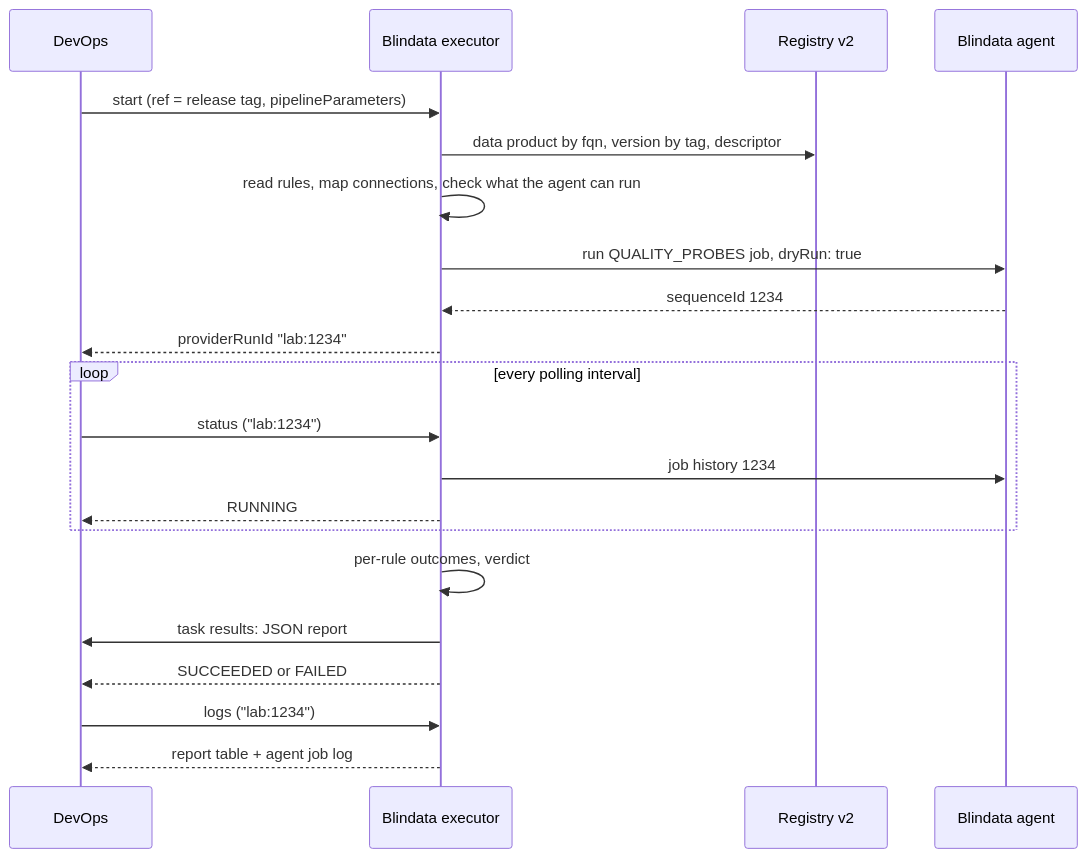
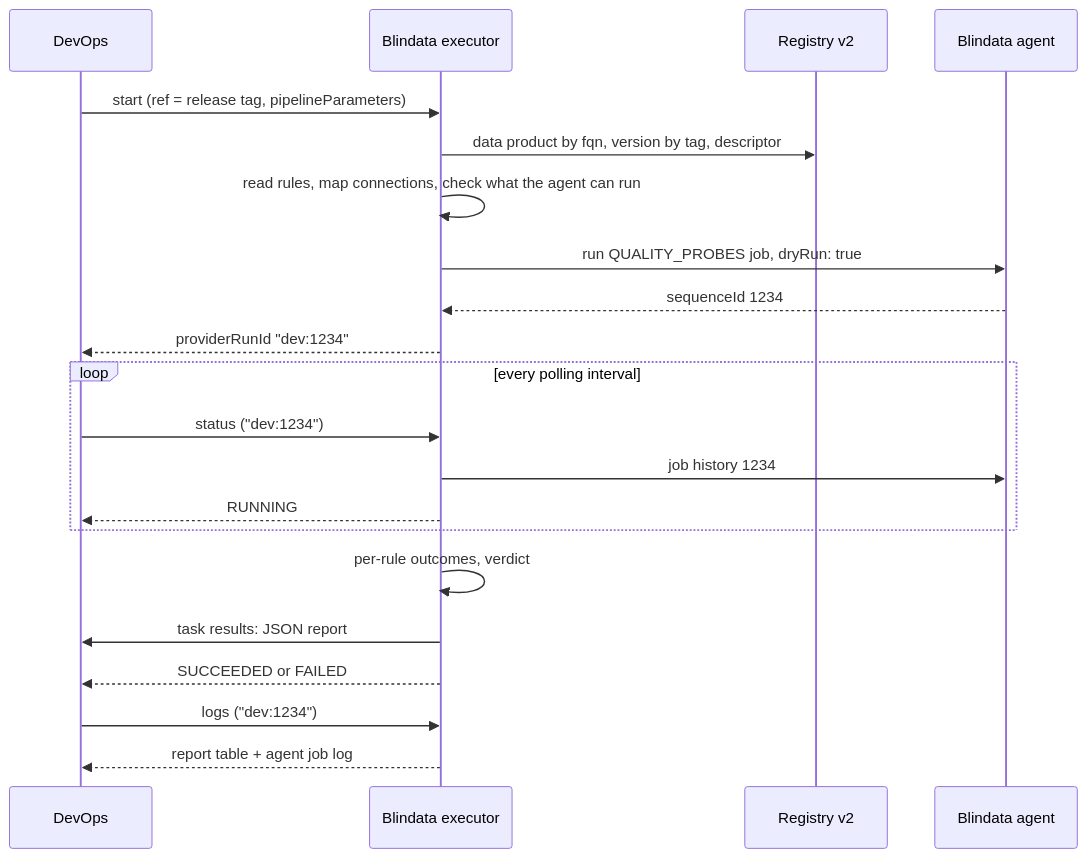
Before and after one commit to opendatamesh-initiative/odm-platform-adapter-devops-executor-blindata: the second of 3 diagrams in docs/reference/concepts.md, drawn with Mermaid. The commit also changed other lines of this file and 20 other files, not shown here.

````diff
--- a/docs/reference/concepts.md
+++ b/docs/reference/concepts.md
@@ -36,23 +36,23 @@
 ```mermaid
 sequenceDiagram
   participant DevOps
   participant EX as Blindata executor
   participant REG as Registry v2
   participant AG as Blindata agent
   DevOps->>EX: start (ref = release tag, pipelineParameters)
   EX->>REG: data product by fqn, version by tag, descriptor
   EX->>EX: read rules, map connections, check what the agent can run
   EX->>AG: run QUALITY_PROBES job, dryRun: true
   AG-->>EX: sequenceId 1234
-  EX-->>DevOps: providerRunId "lab:1234"
+  EX-->>DevOps: providerRunId "dev:1234"
   loop every polling interval
-    DevOps->>EX: status ("lab:1234")
+    DevOps->>EX: status ("dev:1234")
     EX->>AG: job history 1234
     EX-->>DevOps: RUNNING
   end
   EX->>EX: per-rule outcomes, verdict
   EX->>DevOps: task results: JSON report
   EX-->>DevOps: SUCCEEDED or FAILED
-  DevOps->>EX: logs ("lab:1234")
+  DevOps->>EX: logs ("dev:1234")
   EX-->>DevOps: report table + agent job log
 ```
````
